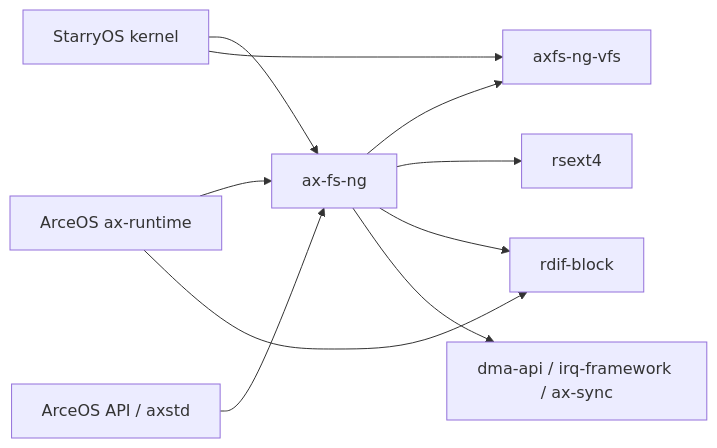
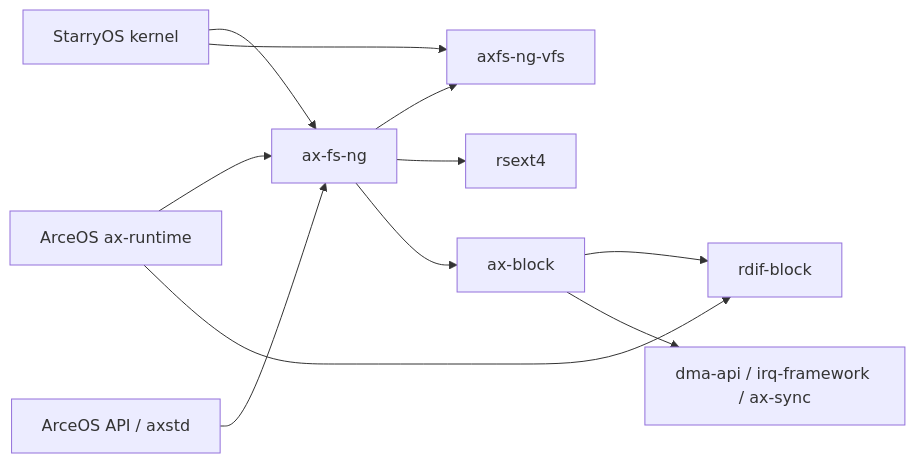
The diagram in docs/docs/architecture/fs/source-map.md (rcore-os/tgoskits), drawn with Mermaid before and after one commit. The commit also changed other lines of this file and 267 other files, not shown here.

````diff
--- a/docs/docs/architecture/fs/source-map.md
+++ b/docs/docs/architecture/fs/source-map.md
@@ -115,21 +118,23 @@
 ```mermaid
 flowchart LR
     Vfs["axfs-ng-vfs"]
     Fs["ax-fs-ng"]
+    Block["ax-block"]
     Ext4["rsext4"]
     Rdif["rdif-block"]
     Caps["dma-api / irq-framework / ax-sync"]
     Runtime["ArceOS ax-runtime"]
     Starry["StarryOS kernel"]
     Api["ArceOS API / axstd"]
 
     Fs --> Vfs
     Fs --> Ext4
-    Fs --> Rdif
-    Fs --> Caps
+    Fs --> Block
+    Block --> Rdif
+    Block --> Caps
     Runtime --> Fs
     Runtime --> Rdif
     Starry --> Fs
     Starry --> Vfs
     Api --> Fs
 ```
````
